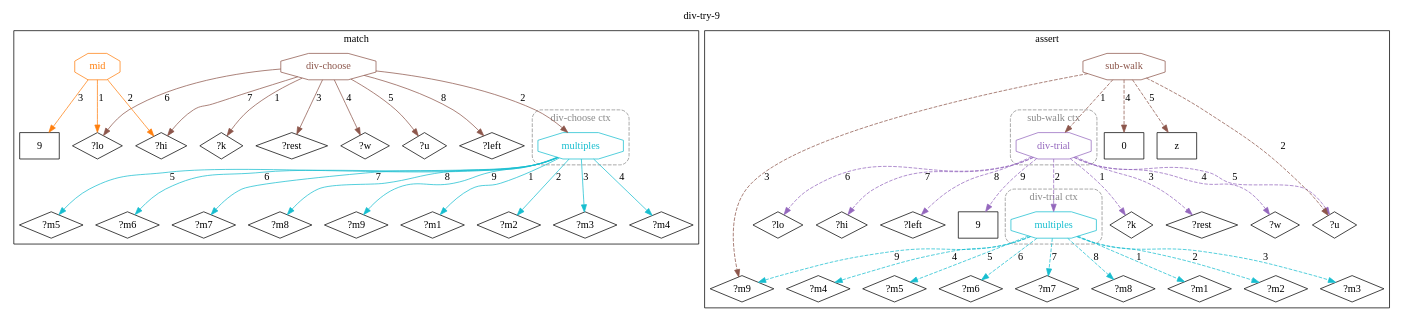
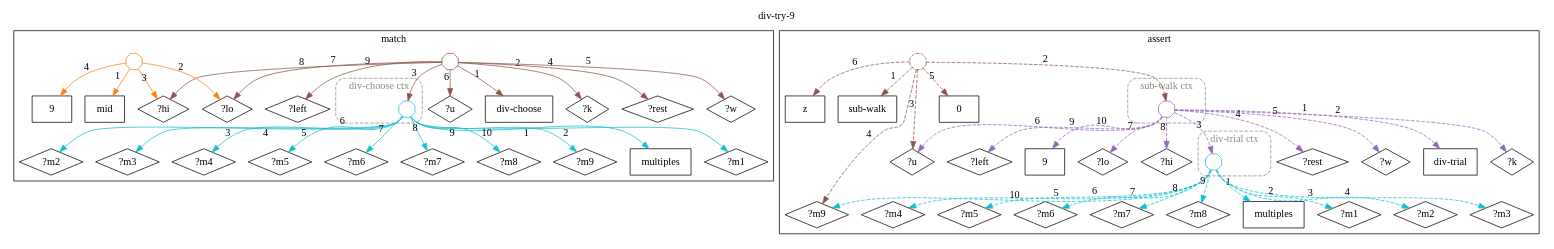
Before and after one commit to agutikov/ein: the diagram in docs/ein/user/04-reference/04-stdlib/diagrams/09-std.math.decimal-arith.div-try-9.dot, drawn with Graphviz. The commit also changed 1083 other files, not shown here.

```diff
--- a/docs/ein/user/04-reference/04-stdlib/diagrams/09-std.math.decimal-arith.div-try-9.dot
+++ b/docs/ein/user/04-reference/04-stdlib/diagrams/09-std.math.decimal-arith.div-try-9.dot
@@ -1,102 +1,114 @@
 digraph rule_div_try_9_lhs_rhs {
   rankdir=TB;
   label="div-try-9"; labelloc=t;
   subgraph cluster_lhs { label="match";
+    "div-choose_L" [label="div-choose", shape=box];
     "?k_L" [label="?k", shape=diamond];
+    "multiples_L" [label="multiples", shape=box];
     "?m1_L" [label="?m1", shape=diamond];
     "?m2_L" [label="?m2", shape=diamond];
     "?m3_L" [label="?m3", shape=diamond];
     "?m4_L" [label="?m4", shape=diamond];
     "?m5_L" [label="?m5", shape=diamond];
     "?m6_L" [label="?m6", shape=diamond];
     "?m7_L" [label="?m7", shape=diamond];
     "?m8_L" [label="?m8", shape=diamond];
     "?m9_L" [label="?m9", shape=diamond];
     "?rest_L" [label="?rest", shape=diamond];
     "?w_L" [label="?w", shape=diamond];
     "?u_L" [label="?u", shape=diamond];
     "?lo_L" [label="?lo", shape=diamond];
     "?hi_L" [label="?hi", shape=diamond];
     "?left_L" [label="?left", shape=diamond];
-    "9_L" [label="9", shape=rectangle];
+    "mid_L" [label="mid", shape=box];
+    "9_L" [label="9", shape=box];
     subgraph cluster_ctx_L_0 {
       label="div-choose ctx"; style="dashed,rounded"; color="#888888"; fontcolor="#888888";
-      "(multiples ?m1 ?m2 ?m3 ?m4 ?m5 ?m6 ?m7 ?m8 ?m9)_L" [shape=octagon, label="multiples", color="#17becf", fontcolor="#17becf"];
+      "(multiples ?m1 ?m2 ?m3 ?m4 ?m5 ?m6 ?m7 ?m8 ?m9)_L" [shape=octagon, label="", width=0.3, height=0.3, fixedsize=true, color="#17becf"];
     }
-    "h1_div-choose_L" [shape=octagon, label="div-choose", color="#8c564b", fontcolor="#8c564b"];
-    "h1_div-choose_L" -> "?k_L" [label="1", color="#8c564b"];
-    "h1_div-choose_L" -> "(multiples ?m1 ?m2 ?m3 ?m4 ?m5 ?m6 ?m7 ?m8 ?m9)_L" [label="2", color="#8c564b"];
-    "h1_div-choose_L" -> "?rest_L" [label="3", color="#8c564b"];
-    "h1_div-choose_L" -> "?w_L" [label="4", color="#8c564b"];
-    "h1_div-choose_L" -> "?u_L" [label="5", color="#8c564b"];
-    "h1_div-choose_L" -> "?lo_L" [label="6", color="#8c564b"];
-    "h1_div-choose_L" -> "?hi_L" [label="7", color="#8c564b"];
-    "h1_div-choose_L" -> "?left_L" [label="8", color="#8c564b"];
-    "h2_mid_L" [shape=octagon, label="mid", color="#ff7f0e", fontcolor="#ff7f0e"];
-    "h2_mid_L" -> "?lo_L" [label="1", color="#ff7f0e"];
-    "h2_mid_L" -> "?hi_L" [label="2", color="#ff7f0e"];
-    "h2_mid_L" -> "9_L" [label="3", color="#ff7f0e"];
-    "(multiples ?m1 ?m2 ?m3 ?m4 ?m5 ?m6 ?m7 ?m8 ?m9)_L" -> "?m1_L" [label="1", color="#17becf"];
-    "(multiples ?m1 ?m2 ?m3 ?m4 ?m5 ?m6 ?m7 ?m8 ?m9)_L" -> "?m2_L" [label="2", color="#17becf"];
-    "(multiples ?m1 ?m2 ?m3 ?m4 ?m5 ?m6 ?m7 ?m8 ?m9)_L" -> "?m3_L" [label="3", color="#17becf"];
-    "(multiples ?m1 ?m2 ?m3 ?m4 ?m5 ?m6 ?m7 ?m8 ?m9)_L" -> "?m4_L" [label="4", color="#17becf"];
-    "(multiples ?m1 ?m2 ?m3 ?m4 ?m5 ?m6 ?m7 ?m8 ?m9)_L" -> "?m5_L" [label="5", color="#17becf"];
-    "(multiples ?m1 ?m2 ?m3 ?m4 ?m5 ?m6 ?m7 ?m8 ?m9)_L" -> "?m6_L" [label="6", color="#17becf"];
-    "(multiples ?m1 ?m2 ?m3 ?m4 ?m5 ?m6 ?m7 ?m8 ?m9)_L" -> "?m7_L" [label="7", color="#17becf"];
-    "(multiples ?m1 ?m2 ?m3 ?m4 ?m5 ?m6 ?m7 ?m8 ?m9)_L" -> "?m8_L" [label="8", color="#17becf"];
-    "(multiples ?m1 ?m2 ?m3 ?m4 ?m5 ?m6 ?m7 ?m8 ?m9)_L" -> "?m9_L" [label="9", color="#17becf"];
+    "h1_div-choose_L" [shape=octagon, label="", width=0.3, height=0.3, fixedsize=true, color="#8c564b"];
+    "h1_div-choose_L" -> "div-choose_L" [xlabel="1", color="#8c564b"];
+    "h1_div-choose_L" -> "?k_L" [xlabel="2", color="#8c564b"];
+    "h1_div-choose_L" -> "(multiples ?m1 ?m2 ?m3 ?m4 ?m5 ?m6 ?m7 ?m8 ?m9)_L" [xlabel="3", color="#8c564b"];
+    "h1_div-choose_L" -> "?rest_L" [xlabel="4", color="#8c564b"];
+    "h1_div-choose_L" -> "?w_L" [xlabel="5", color="#8c564b"];
+    "h1_div-choose_L" -> "?u_L" [xlabel="6", color="#8c564b"];
+    "h1_div-choose_L" -> "?lo_L" [xlabel="7", color="#8c564b"];
+    "h1_div-choose_L" -> "?hi_L" [xlabel="8", color="#8c564b"];
+    "h1_div-choose_L" -> "?left_L" [xlabel="9", color="#8c564b"];
+    "h2_mid_L" [shape=octagon, label="", width=0.3, height=0.3, fixedsize=true, color="#ff7f0e"];
+    "h2_mid_L" -> "mid_L" [xlabel="1", color="#ff7f0e"];
+    "h2_mid_L" -> "?lo_L" [xlabel="2", color="#ff7f0e"];
+    "h2_mid_L" -> "?hi_L" [xlabel="3", color="#ff7f0e"];
+    "h2_mid_L" -> "9_L" [xlabel="4", color="#ff7f0e"];
+    "(multiples ?m1 ?m2 ?m3 ?m4 ?m5 ?m6 ?m7 ?m8 ?m9)_L" -> "multiples_L" [xlabel="1", color="#17becf"];
+    "(multiples ?m1 ?m2 ?m3 ?m4 ?m5 ?m6 ?m7 ?m8 ?m9)_L" -> "?m1_L" [xlabel="2", color="#17becf"];
+    "(multiples ?m1 ?m2 ?m3 ?m4 ?m5 ?m6 ?m7 ?m8 ?m9)_L" -> "?m2_L" [xlabel="3", color="#17becf"];
+    "(multiples ?m1 ?m2 ?m3 ?m4 ?m5 ?m6 ?m7 ?m8 ?m9)_L" -> "?m3_L" [xlabel="4", color="#17becf"];
+    "(multiples ?m1 ?m2 ?m3 ?m4 ?m5 ?m6 ?m7 ?m8 ?m9)_L" -> "?m4_L" [xlabel="5", color="#17becf"];
+    "(multiples ?m1 ?m2 ?m3 ?m4 ?m5 ?m6 ?m7 ?m8 ?m9)_L" -> "?m5_L" [xlabel="6", color="#17becf"];
+    "(multiples ?m1 ?m2 ?m3 ?m4 ?m5 ?m6 ?m7 ?m8 ?m9)_L" -> "?m6_L" [xlabel="7", color="#17becf"];
+    "(multiples ?m1 ?m2 ?m3 ?m4 ?m5 ?m6 ?m7 ?m8 ?m9)_L" -> "?m7_L" [xlabel="8", color="#17becf"];
+    "(multiples ?m1 ?m2 ?m3 ?m4 ?m5 ?m6 ?m7 ?m8 ?m9)_L" -> "?m8_L" [xlabel="9", color="#17becf"];
+    "(multiples ?m1 ?m2 ?m3 ?m4 ?m5 ?m6 ?m7 ?m8 ?m9)_L" -> "?m9_L" [xlabel="10", color="#17becf"];
   }
   subgraph cluster_rhs { label="assert";
+    "sub-walk_R" [label="sub-walk", shape=box];
+    "div-trial_R" [label="div-trial", shape=box];
     "?k_R" [label="?k", shape=diamond];
+    "multiples_R" [label="multiples", shape=box];
     "?m1_R" [label="?m1", shape=diamond];
     "?m2_R" [label="?m2", shape=diamond];
     "?m3_R" [label="?m3", shape=diamond];
     "?m4_R" [label="?m4", shape=diamond];
     "?m5_R" [label="?m5", shape=diamond];
     "?m6_R" [label="?m6", shape=diamond];
     "?m7_R" [label="?m7", shape=diamond];
     "?m8_R" [label="?m8", shape=diamond];
     "?m9_R" [label="?m9", shape=diamond];
     "?rest_R" [label="?rest", shape=diamond];
     "?w_R" [label="?w", shape=diamond];
     "?u_R" [label="?u", shape=diamond];
     "?lo_R" [label="?lo", shape=diamond];
     "?hi_R" [label="?hi", shape=diamond];
     "?left_R" [label="?left", shape=diamond];
-    "9_R" [label="9", shape=rectangle];
-    "0_R" [label="0", shape=rectangle];
-    "z_R" [label="z", shape=rectangle];
+    "9_R" [label="9", shape=box];
+    "0_R" [label="0", shape=box];
+    "z_R" [label="z", shape=box];
     subgraph cluster_ctx_R_0 {
       label="div-trial ctx"; style="dashed,rounded"; color="#888888"; fontcolor="#888888";
-      "(multiples ?m1 ?m2 ?m3 ?m4 ?m5 ?m6 ?m7 ?m8 ?m9)_R" [shape=octagon, label="multiples", color="#17becf", fontcolor="#17becf"];
+      "(multiples ?m1 ?m2 ?m3 ?m4 ?m5 ?m6 ?m7 ?m8 ?m9)_R" [shape=octagon, label="", width=0.3, height=0.3, fixedsize=true, color="#17becf"];
     }
     subgraph cluster_ctx_R_1 {
       label="sub-walk ctx"; style="dashed,rounded"; color="#888888"; fontcolor="#888888";
-      "(div-trial ?k (multiples ?m1 ?m2 ?m3 ?m4 ?m5 ?m6 ?m7 ?m8 ?m9) ?rest ?w ?u ?lo ?hi ?left 9)_R" [shape=octagon, label="div-trial", color="#9467bd", fontcolor="#9467bd"];
+      "(div-trial ?k (multiples ?m1 ?m2 ?m3 ?m4 ?m5 ?m6 ?m7 ?m8 ?m9) ?rest ?w ?u ?lo ?hi ?left 9)_R" [shape=octagon, label="", width=0.3, height=0.3, fixedsize=true, color="#9467bd"];
     }
-    "h3_sub-walk_R" [shape=octagon, label="sub-walk", color="#8c564b", fontcolor="#8c564b"];
-    "h3_sub-walk_R" -> "(div-trial ?k (multiples ?m1 ?m2 ?m3 ?m4 ?m5 ?m6 ?m7 ?m8 ?m9) ?rest ?w ?u ?lo ?hi ?left 9)_R" [label="1", color="#8c564b", style=dashed];
-    "h3_sub-walk_R" -> "?u_R" [label="2", color="#8c564b", style=dashed];
-    "h3_sub-walk_R" -> "?m9_R" [label="3", color="#8c564b", style=dashed];
-    "h3_sub-walk_R" -> "0_R" [label="4", color="#8c564b", style=dashed];
-    "h3_sub-walk_R" -> "z_R" [label="5", color="#8c564b", style=dashed];
-    "(div-trial ?k (multiples ?m1 ?m2 ?m3 ?m4 ?m5 ?m6 ?m7 ?m8 ?m9) ?rest ?w ?u ?lo ?hi ?left 9)_R" -> "?k_R" [label="1", color="#9467bd", style=dashed];
-    "(div-trial ?k (multiples ?m1 ?m2 ?m3 ?m4 ?m5 ?m6 ?m7 ?m8 ?m9) ?rest ?w ?u ?lo ?hi ?left 9)_R" -> "(multiples ?m1 ?m2 ?m3 ?m4 ?m5 ?m6 ?m7 ?m8 ?m9)_R" [label="2", color="#9467bd", style=dashed];
-    "(div-trial ?k (multiples ?m1 ?m2 ?m3 ?m4 ?m5 ?m6 ?m7 ?m8 ?m9) ?rest ?w ?u ?lo ?hi ?left 9)_R" -> "?rest_R" [label="3", color="#9467bd", style=dashed];
-    "(div-trial ?k (multiples ?m1 ?m2 ?m3 ?m4 ?m5 ?m6 ?m7 ?m8 ?m9) ?rest ?w ?u ?lo ?hi ?left 9)_R" -> "?w_R" [label="4", color="#9467bd", style=dashed];
-    "(div-trial ?k (multiples ?m1 ?m2 ?m3 ?m4 ?m5 ?m6 ?m7 ?m8 ?m9) ?rest ?w ?u ?lo ?hi ?left 9)_R" -> "?u_R" [label="5", color="#9467bd", style=dashed];
-    "(div-trial ?k (multiples ?m1 ?m2 ?m3 ?m4 ?m5 ?m6 ?m7 ?m8 ?m9) ?rest ?w ?u ?lo ?hi ?left 9)_R" -> "?lo_R" [label="6", color="#9467bd", style=dashed];
-    "(div-trial ?k (multiples ?m1 ?m2 ?m3 ?m4 ?m5 ?m6 ?m7 ?m8 ?m9) ?rest ?w ?u ?lo ?hi ?left 9)_R" -> "?hi_R" [label="7", color="#9467bd", style=dashed];
-    "(div-trial ?k (multiples ?m1 ?m2 ?m3 ?m4 ?m5 ?m6 ?m7 ?m8 ?m9) ?rest ?w ?u ?lo ?hi ?left 9)_R" -> "?left_R" [label="8", color="#9467bd", style=dashed];
-    "(div-trial ?k (multiples ?m1 ?m2 ?m3 ?m4 ?m5 ?m6 ?m7 ?m8 ?m9) ?rest ?w ?u ?lo ?hi ?left 9)_R" -> "9_R" [label="9", color="#9467bd", style=dashed];
-    "(multiples ?m1 ?m2 ?m3 ?m4 ?m5 ?m6 ?m7 ?m8 ?m9)_R" -> "?m1_R" [label="1", color="#17becf", style=dashed];
-    "(multiples ?m1 ?m2 ?m3 ?m4 ?m5 ?m6 ?m7 ?m8 ?m9)_R" -> "?m2_R" [label="2", color="#17becf", style=dashed];
-    "(multiples ?m1 ?m2 ?m3 ?m4 ?m5 ?m6 ?m7 ?m8 ?m9)_R" -> "?m3_R" [label="3", color="#17becf", style=dashed];
-    "(multiples ?m1 ?m2 ?m3 ?m4 ?m5 ?m6 ?m7 ?m8 ?m9)_R" -> "?m4_R" [label="4", color="#17becf", style=dashed];
-    "(multiples ?m1 ?m2 ?m3 ?m4 ?m5 ?m6 ?m7 ?m8 ?m9)_R" -> "?m5_R" [label="5", color="#17becf", style=dashed];
-    "(multiples ?m1 ?m2 ?m3 ?m4 ?m5 ?m6 ?m7 ?m8 ?m9)_R" -> "?m6_R" [label="6", color="#17becf", style=dashed];
-    "(multiples ?m1 ?m2 ?m3 ?m4 ?m5 ?m6 ?m7 ?m8 ?m9)_R" -> "?m7_R" [label="7", color="#17becf", style=dashed];
-    "(multiples ?m1 ?m2 ?m3 ?m4 ?m5 ?m6 ?m7 ?m8 ?m9)_R" -> "?m8_R" [label="8", color="#17becf", style=dashed];
-    "(multiples ?m1 ?m2 ?m3 ?m4 ?m5 ?m6 ?m7 ?m8 ?m9)_R" -> "?m9_R" [label="9", color="#17becf", style=dashed];
+    "h3_sub-walk_R" [shape=octagon, label="", width=0.3, height=0.3, fixedsize=true, color="#8c564b", style=dashed];
+    "h3_sub-walk_R" -> "sub-walk_R" [xlabel="1", color="#8c564b", style=dashed];
+    "h3_sub-walk_R" -> "(div-trial ?k (multiples ?m1 ?m2 ?m3 ?m4 ?m5 ?m6 ?m7 ?m8 ?m9) ?rest ?w ?u ?lo ?hi ?left 9)_R" [xlabel="2", color="#8c564b", style=dashed];
+    "h3_sub-walk_R" -> "?u_R" [xlabel="3", color="#8c564b", style=dashed];
+    "h3_sub-walk_R" -> "?m9_R" [xlabel="4", color="#8c564b", style=dashed];
+    "h3_sub-walk_R" -> "0_R" [xlabel="5", color="#8c564b", style=dashed];
+    "h3_sub-walk_R" -> "z_R" [xlabel="6", color="#8c564b", style=dashed];
+    "(div-trial ?k (multiples ?m1 ?m2 ?m3 ?m4 ?m5 ?m6 ?m7 ?m8 ?m9) ?rest ?w ?u ?lo ?hi ?left 9)_R" -> "div-trial_R" [xlabel="1", color="#9467bd", style=dashed];
+    "(div-trial ?k (multiples ?m1 ?m2 ?m3 ?m4 ?m5 ?m6 ?m7 ?m8 ?m9) ?rest ?w ?u ?lo ?hi ?left 9)_R" -> "?k_R" [xlabel="2", color="#9467bd", style=dashed];
+    "(div-trial ?k (multiples ?m1 ?m2 ?m3 ?m4 ?m5 ?m6 ?m7 ?m8 ?m9) ?rest ?w ?u ?lo ?hi ?left 9)_R" -> "(multiples ?m1 ?m2 ?m3 ?m4 ?m5 ?m6 ?m7 ?m8 ?m9)_R" [xlabel="3", color="#9467bd", style=dashed];
+    "(div-trial ?k (multiples ?m1 ?m2 ?m3 ?m4 ?m5 ?m6 ?m7 ?m8 ?m9) ?rest ?w ?u ?lo ?hi ?left 9)_R" -> "?rest_R" [xlabel="4", color="#9467bd", style=dashed];
+    "(div-trial ?k (multiples ?m1 ?m2 ?m3 ?m4 ?m5 ?m6 ?m7 ?m8 ?m9) ?rest ?w ?u ?lo ?hi ?left 9)_R" -> "?w_R" [xlabel="5", color="#9467bd", style=dashed];
+    "(div-trial ?k (multiples ?m1 ?m2 ?m3 ?m4 ?m5 ?m6 ?m7 ?m8 ?m9) ?rest ?w ?u ?lo ?hi ?left 9)_R" -> "?u_R" [xlabel="6", color="#9467bd", style=dashed];
+    "(div-trial ?k (multiples ?m1 ?m2 ?m3 ?m4 ?m5 ?m6 ?m7 ?m8 ?m9) ?rest ?w ?u ?lo ?hi ?left 9)_R" -> "?lo_R" [xlabel="7", color="#9467bd", style=dashed];
+    "(div-trial ?k (multiples ?m1 ?m2 ?m3 ?m4 ?m5 ?m6 ?m7 ?m8 ?m9) ?rest ?w ?u ?lo ?hi ?left 9)_R" -> "?hi_R" [xlabel="8", color="#9467bd", style=dashed];
+    "(div-trial ?k (multiples ?m1 ?m2 ?m3 ?m4 ?m5 ?m6 ?m7 ?m8 ?m9) ?rest ?w ?u ?lo ?hi ?left 9)_R" -> "?left_R" [xlabel="9", color="#9467bd", style=dashed];
+    "(div-trial ?k (multiples ?m1 ?m2 ?m3 ?m4 ?m5 ?m6 ?m7 ?m8 ?m9) ?rest ?w ?u ?lo ?hi ?left 9)_R" -> "9_R" [xlabel="10", color="#9467bd", style=dashed];
+    "(multiples ?m1 ?m2 ?m3 ?m4 ?m5 ?m6 ?m7 ?m8 ?m9)_R" -> "multiples_R" [xlabel="1", color="#17becf", style=dashed];
+    "(multiples ?m1 ?m2 ?m3 ?m4 ?m5 ?m6 ?m7 ?m8 ?m9)_R" -> "?m1_R" [xlabel="2", color="#17becf", style=dashed];
+    "(multiples ?m1 ?m2 ?m3 ?m4 ?m5 ?m6 ?m7 ?m8 ?m9)_R" -> "?m2_R" [xlabel="3", color="#17becf", style=dashed];
+    "(multiples ?m1 ?m2 ?m3 ?m4 ?m5 ?m6 ?m7 ?m8 ?m9)_R" -> "?m3_R" [xlabel="4", color="#17becf", style=dashed];
+    "(multiples ?m1 ?m2 ?m3 ?m4 ?m5 ?m6 ?m7 ?m8 ?m9)_R" -> "?m4_R" [xlabel="5", color="#17becf", style=dashed];
+    "(multiples ?m1 ?m2 ?m3 ?m4 ?m5 ?m6 ?m7 ?m8 ?m9)_R" -> "?m5_R" [xlabel="6", color="#17becf", style=dashed];
+    "(multiples ?m1 ?m2 ?m3 ?m4 ?m5 ?m6 ?m7 ?m8 ?m9)_R" -> "?m6_R" [xlabel="7", color="#17becf", style=dashed];
+    "(multiples ?m1 ?m2 ?m3 ?m4 ?m5 ?m6 ?m7 ?m8 ?m9)_R" -> "?m7_R" [xlabel="8", color="#17becf", style=dashed];
+    "(multiples ?m1 ?m2 ?m3 ?m4 ?m5 ?m6 ?m7 ?m8 ?m9)_R" -> "?m8_R" [xlabel="9", color="#17becf", style=dashed];
+    "(multiples ?m1 ?m2 ?m3 ?m4 ?m5 ?m6 ?m7 ?m8 ?m9)_R" -> "?m9_R" [xlabel="10", color="#17becf", style=dashed];
   }
 }
```
